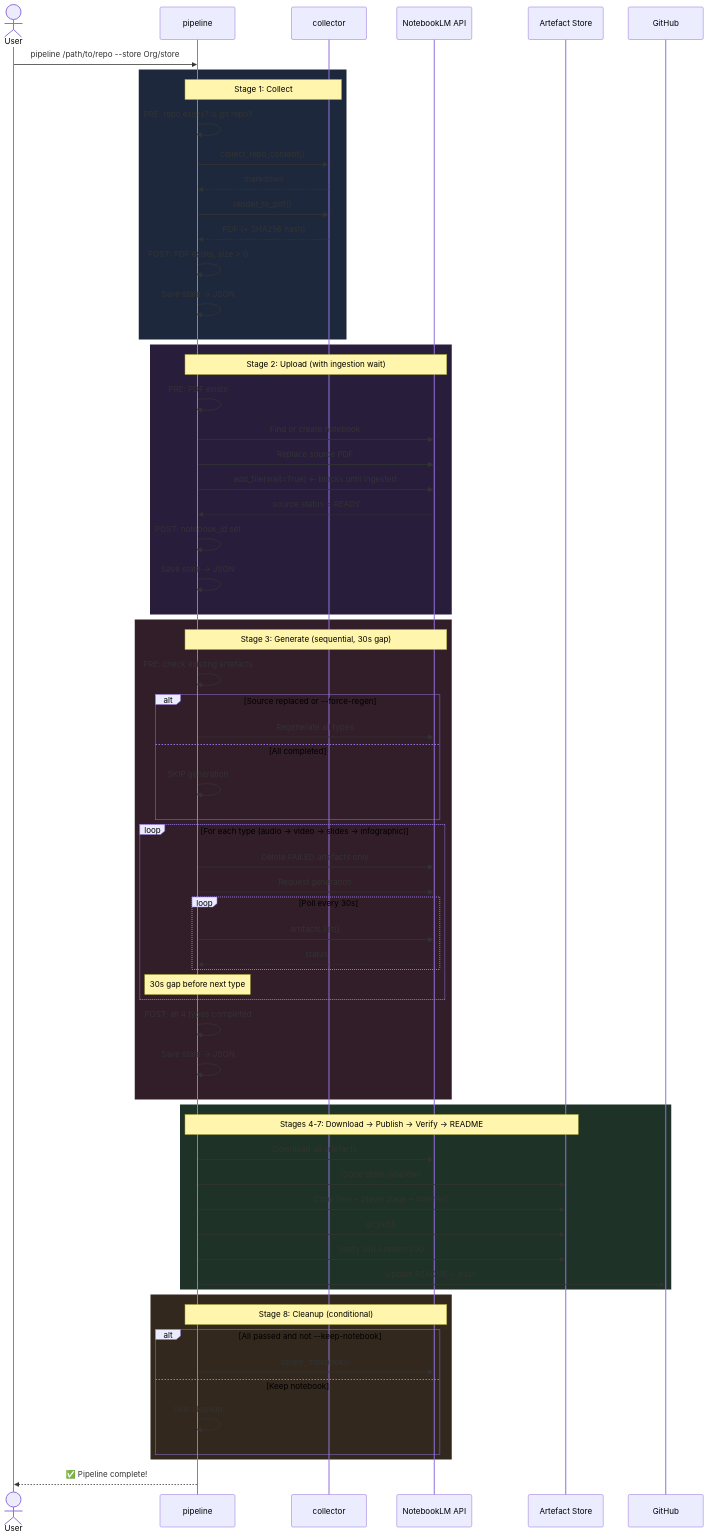
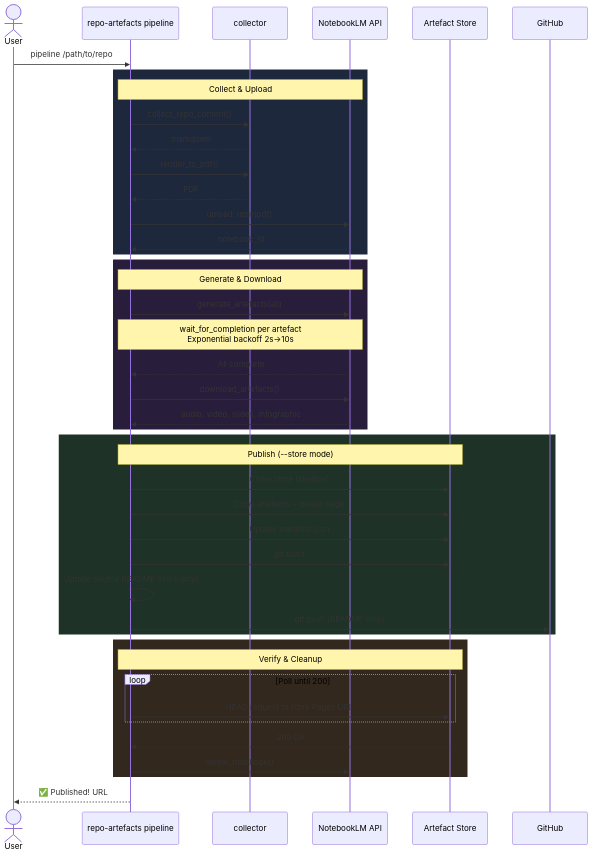
Before and after one commit to NetDevAutomate/notebooklm-repo-artefacts: the third of 3 diagrams in docs/pipeline.md, drawn with Mermaid. The commit also changed other lines of this file and 18 other files, not shown here.

First line of the commit message:
refactor: replace raw API parsing with upstream public APIs, wire CLI to stage-based pipeline

````diff
--- a/docs/pipeline.md
+++ b/docs/pipeline.md
@@ -122,75 +131,51 @@
 ```mermaid
 sequenceDiagram
     actor User
-    participant CLI as pipeline
+    participant CLI as repo-artefacts pipeline
     participant Col as collector
     participant NLM as NotebookLM API
     participant Store as Artefact Store
     participant GH as GitHub
 
-    User->>CLI: pipeline /path/to/repo --store Org/store
+    User->>CLI: pipeline /path/to/repo
 
     rect rgb(30, 40, 60)
-    Note over CLI,Col: Stage 1: Collect
-    CLI->>CLI: PRE: repo exists? is git repo?
+    Note over CLI,NLM: Collect & Upload
     CLI->>Col: collect_repo_content()
     Col-->>CLI: markdown
     CLI->>Col: render_to_pdf()
-    Col-->>CLI: PDF (+ SHA256 hash)
-    CLI->>CLI: POST: PDF exists, size > 0
-    CLI->>CLI: Save state → JSON
+    Col-->>CLI: PDF
+    CLI->>NLM: upload_repo(pdf)
+    NLM-->>CLI: notebook_id
     end
 
     rect rgb(40, 30, 60)
-    Note over CLI,NLM: Stage 2: Upload (with ingestion wait)
-    CLI->>CLI: PRE: PDF exists
-    CLI->>NLM: Find or create notebook
-    CLI->>NLM: Replace source PDF
-    CLI->>NLM: add_file(wait=True) ← blocks until ingested
-    NLM-->>CLI: source status = READY
-    CLI->>CLI: POST: notebook_id set
-    CLI->>CLI: Save state → JSON
-    end
-
-    rect rgb(50, 30, 40)
-    Note over CLI,NLM: Stage 3: Generate (sequential, 30s gap)
-    CLI->>CLI: PRE: check existing artefacts
-    alt Source replaced or --force-regen
-        CLI->>NLM: Regenerate all types
-    else All completed
-        CLI->>CLI: SKIP generation
-    end
-    loop For each type (audio → video → slides → infographic)
-        CLI->>NLM: Delete FAILED artefacts only
-        CLI->>NLM: Request generation
-        loop Poll every 30s
-            CLI->>NLM: artifacts.list()
-            NLM-->>CLI: status
-        end
-        Note over CLI: 30s gap before next type
-    end
-    CLI->>CLI: POST: all 4 types completed
-    CLI->>CLI: Save state → JSON
+    Note over CLI,NLM: Generate & Download
+    CLI->>NLM: generate_artefacts(all)
+    Note over CLI,NLM: wait_for_completion per artefact<br/>Exponential backoff 2s→10s
+    NLM-->>CLI: All complete
+    CLI->>NLM: download_artefacts()
+    NLM-->>CLI: audio, video, slides, infographic
     end
 
     rect rgb(30, 50, 40)
-    Note over CLI,Store: Stages 4-7: Download → Publish → Verify → README
-    CLI->>NLM: Download all artefacts
+    Note over CLI,Store: Publish (--store mode)
     CLI->>Store: Clone store (shallow)
-    CLI->>Store: Copy files + player page + manifest
+    CLI->>Store: Copy artefacts + player page
+    CLI->>Store: Update manifest.json
     CLI->>Store: git push
-    CLI->>Store: Verify URLs return 200
-    CLI->>GH: Update README + push
+    CLI->>CLI: Update source README (links only)
+    CLI->>GH: git push (README only)
     end
 
     rect rgb(50, 40, 30)
-    Note over CLI,NLM: Stage 8: Cleanup (conditional)
-    alt All passed and not --keep-notebook
-        CLI->>NLM: delete_notebook()
-    else Keep notebook
-        CLI->>CLI: Skip cleanup
+    Note over CLI,Store: Verify & Cleanup
+    loop Poll until 200
+        CLI->>Store: HEAD request to store Pages URL
     end
+    Store-->>CLI: 200 OK
+    CLI->>NLM: delete_notebook()
     end
 
-    CLI-->>User: ✅ Pipeline complete!
+    CLI-->>User: ✅ Published! URL
 ```
````
